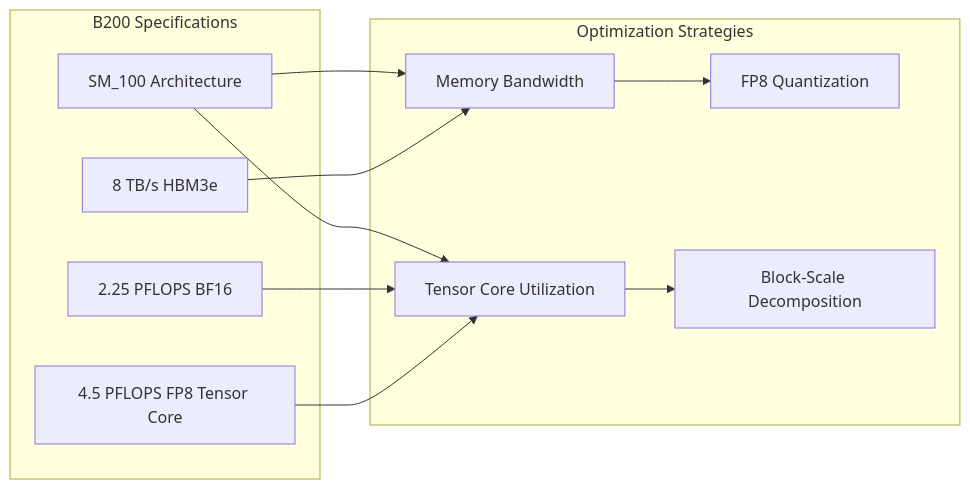
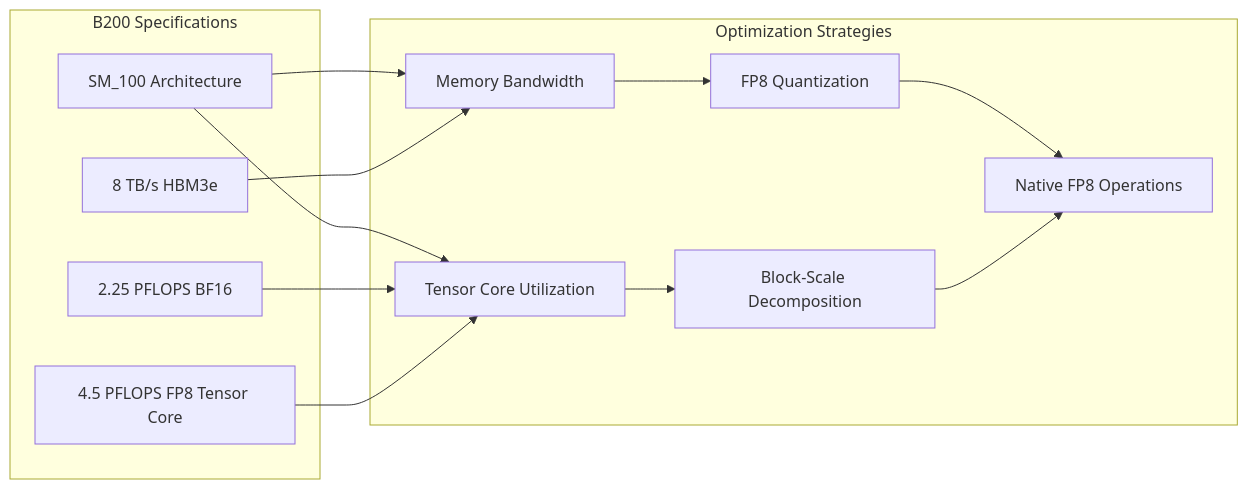
Before and after one commit to gugudeshubao/flashinfer-bench-tma-thrust: diagram 17 of 18 in .qoder/repowiki/en/content/Configuration and Deployment/MoE Configuration and Deployment.md, drawn with Mermaid. The commit also changed other lines of this file and 5 other files, not shown here.

````diff
--- a/.qoder/repowiki/en/content/Configuration and Deployment/MoE Configuration and Deployment.md
+++ b/.qoder/repowiki/en/content/Configuration and Deployment/MoE Configuration and Deployment.md
@@ -461,22 +623,25 @@
 ```mermaid
 graph LR
 subgraph "B200 Specifications"
 A[SM_100 Architecture]
 B[8 TB/s HBM3e]
 C[2.25 PFLOPS BF16]
 D[4.5 PFLOPS FP8 Tensor Core]
 end
 subgraph "Optimization Strategies"
 E[Memory Bandwidth]
 F[Tensor Core Utilization]
 G[FP8 Quantization]
 H[Block-Scale Decomposition]
+I[Native FP8 Operations]
 end
 A --> E
 A --> F
 B --> E
 C --> F
 D --> F
 E --> G
 F --> H
+G --> I
+H --> I
 ```
````
